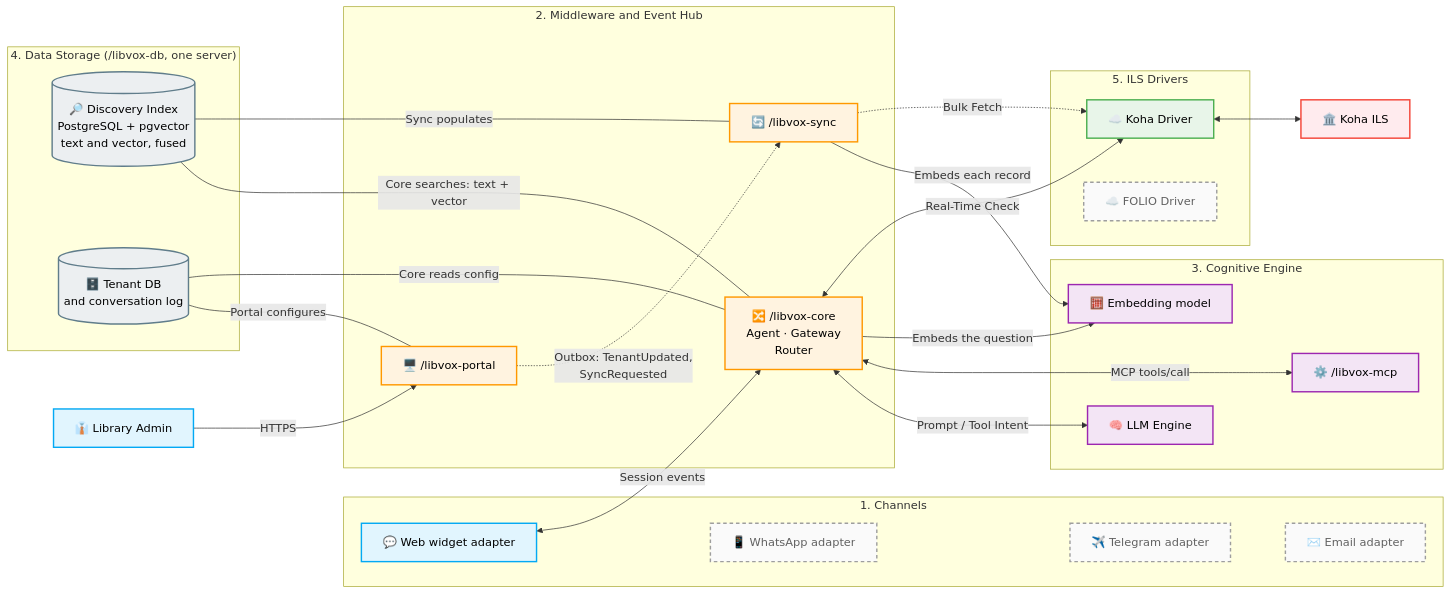
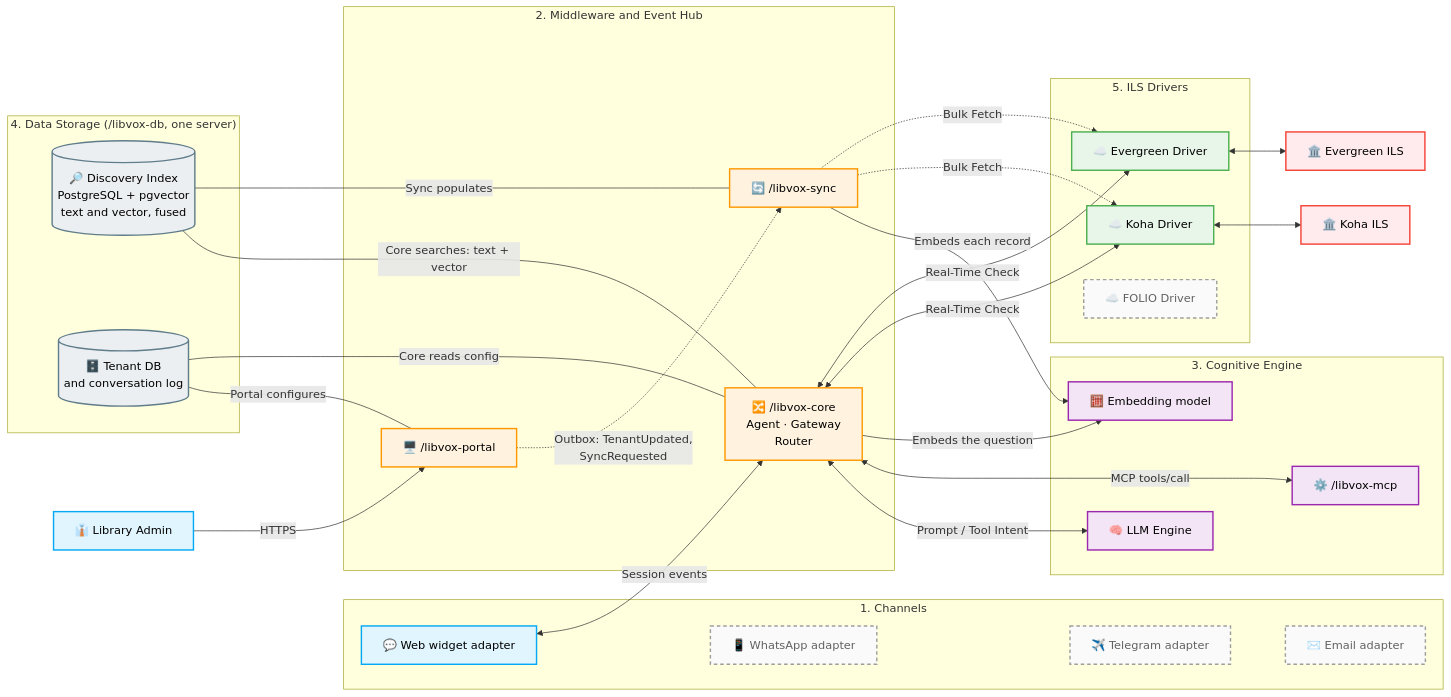
Before and after one commit to impa-tech/libvox: the first of 8 diagrams in README.md, drawn with Mermaid. The commit also changed other lines of this file, not shown here.

Commit message:
docs: describe the Koha and Evergreen drivers in the README

````diff
--- a/README.md
+++ b/README.md
@@ -111,10 +113,12 @@
 
     subgraph Drivers ["5. ILS Drivers"]
         KohaDrv["☁️ Koha Driver"]:::integration
+        EvergreenDrv["☁️ Evergreen Driver"]:::integration
         FolioDrv["☁️ FOLIO Driver"]:::planned
     end
 
     KohaAPI["🏛️ Koha ILS"]:::legacy
+    EvergreenAPI["🏛️ Evergreen ILS"]:::legacy
 
     %% Channels to Hub
     %% --
@@ -157,7 +161,10 @@
     %% Hub to Drivers
     Core <-->|Real-Time Check| KohaDrv
     Sync -.->|Bulk Fetch| KohaDrv
+    Core <-->|Real-Time Check| EvergreenDrv
+    Sync -.->|Bulk Fetch| EvergreenDrv
 
     %% Drivers to ILS
     KohaDrv <--> KohaAPI
+    EvergreenDrv <--> EvergreenAPI
 ```
````
